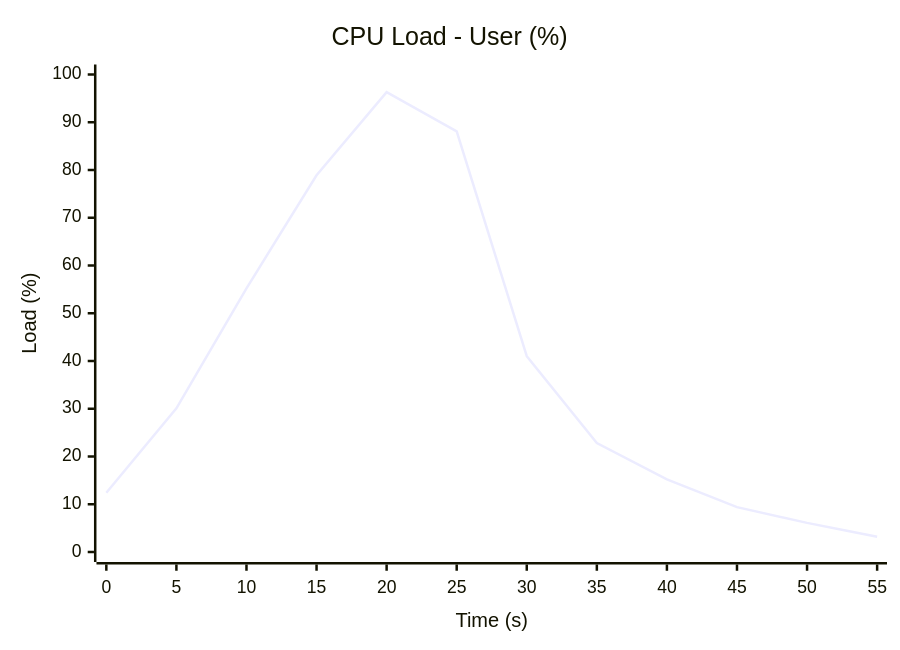
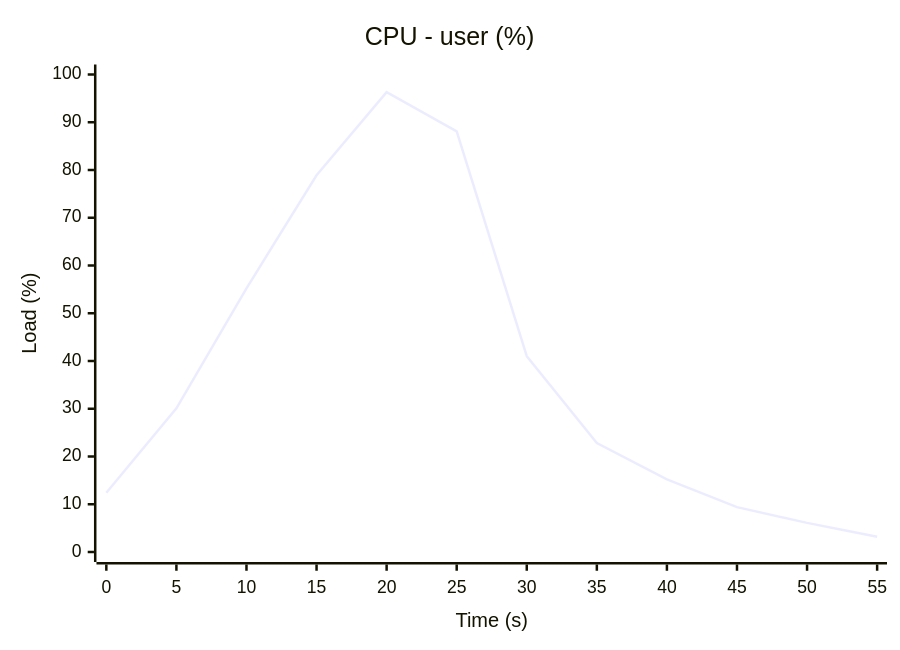
Before and after one commit to fwilhe2/workflow-telemetry-action: the diagram in README.md, drawn with Mermaid. The commit also changed other lines of this file and 13 other files, not shown here.

````diff
--- a/README.md
+++ b/README.md
@@ -93,7 +119,7 @@
 ```mermaid
 xychart-beta
-    title "CPU Load - User (%)"
+    title "CPU - user (%)"
     x-axis "Time (s)" 0 --> 55
     y-axis "Load (%)" 0 --> 100
     line [12.4, 30.1, 55.2, 78.9, 96.3, 88.1, 41.0, 22.8, 15.2, 9.4, 6.1, 3.2]
 ```
````
